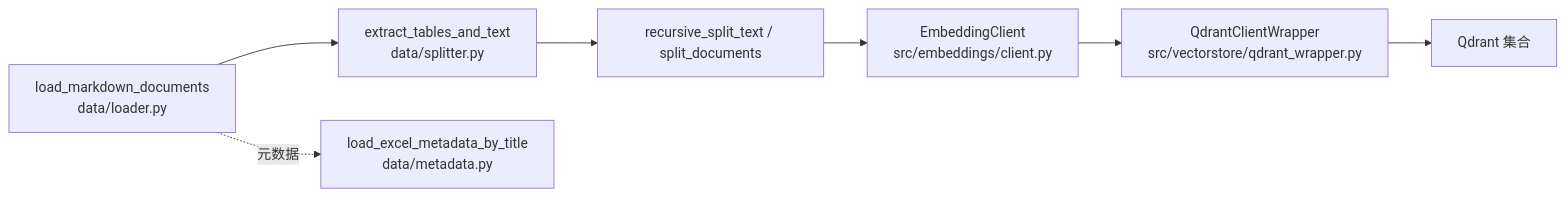
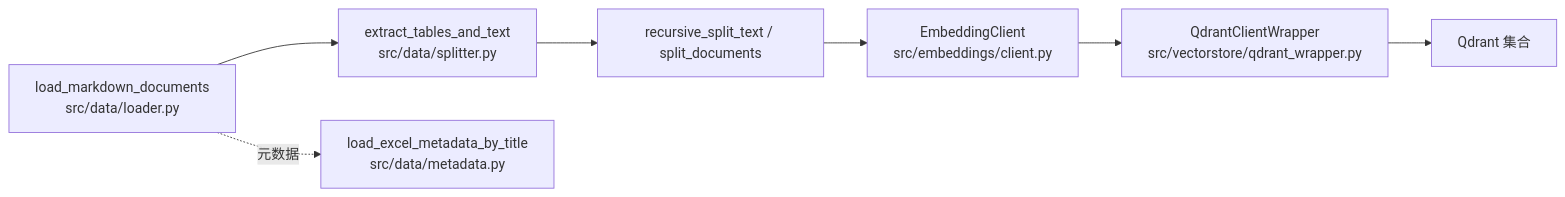
One commit to autumnieave/smart-financial-qa changed the second of 4 diagrams in docs/ARCHITECTURE.md. Above: the diagram before and after it, drawn with Mermaid. The commit also changed other lines of this file and 5 other files, not shown here.

First line of the commit message:
docs: `data/` 路径引用补 src/ 前缀（data 已随 ⑤ 收口迁入 src/）

````diff
--- a/docs/ARCHITECTURE.md
+++ b/docs/ARCHITECTURE.md
@@ -83,9 +83,9 @@
 ```mermaid
 flowchart LR
-    A["load_markdown_documents<br/>data/loader.py"] --> B["extract_tables_and_text<br/>data/splitter.py"]
+    A["load_markdown_documents<br/>src/data/loader.py"] --> B["extract_tables_and_text<br/>src/data/splitter.py"]
     B --> C["recursive_split_text / split_documents"]
     C --> D["EmbeddingClient<br/>src/embeddings/client.py"]
     D --> E["QdrantClientWrapper<br/>src/vectorstore/qdrant_wrapper.py"]
     E --> F["Qdrant 集合"]
-    A -.元数据.-> G["load_excel_metadata_by_title<br/>data/metadata.py"]
+    A -.元数据.-> G["load_excel_metadata_by_title<br/>src/data/metadata.py"]
 ```
````
